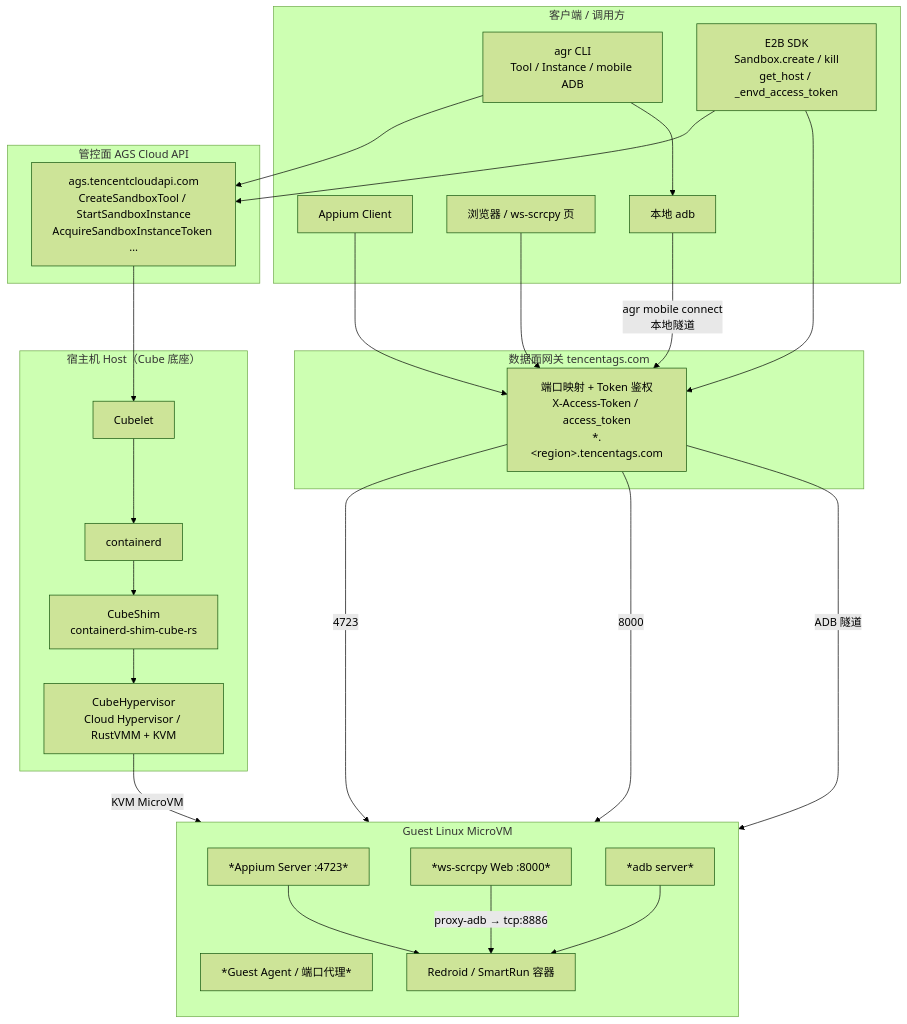
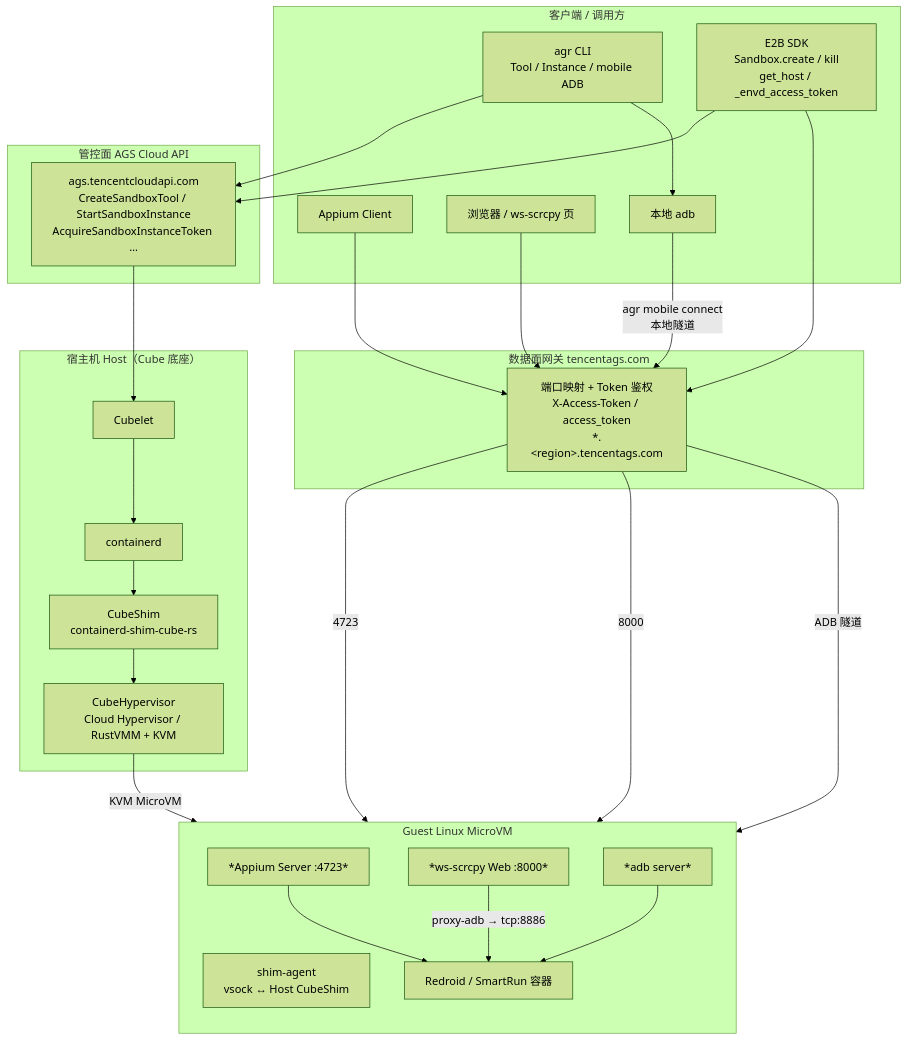
One commit to LOLHenry/android-cuttlefish changed the second of 6 diagrams in docs/architecture/ags-mobile-cube-runtime.md. Above: the diagram before and after it, drawn with Mermaid (forest theme). The commit also changed other lines of this file, not shown here.

First line of the commit message:
docs: standardize on shim-agent naming vs Host CubeShim

````diff
--- a/docs/architecture/ags-mobile-cube-runtime.md
+++ b/docs/architecture/ags-mobile-cube-runtime.md
@@ -130,56 +130,56 @@
 ```mermaid
 flowchart TB
   subgraph Clients["客户端 / 调用方"]
     AGR["agr CLI<br/>Tool / Instance / mobile ADB"]
     E2B["E2B SDK<br/>Sandbox.create / kill<br/>get_host / _envd_access_token"]
     APPC["Appium Client"]
     BR["浏览器 / ws-scrcpy 页"]
     ADBCLI["本地 adb"]
   end
 
   subgraph Control["管控面 AGS Cloud API"]
     API["ags.tencentcloudapi.com<br/>CreateSandboxTool / StartSandboxInstance<br/>AcquireSandboxInstanceToken …"]
   end
 
   subgraph DataPlane["数据面网关 tencentags.com"]
     GW["端口映射 + Token 鉴权<br/>X-Access-Token / access_token<br/>*.&lt;region&gt;.tencentags.com"]
   end
 
   subgraph Host["宿主机 Host（Cube 底座）"]
     Cubelet["Cubelet"]
     CTRD["containerd"]
     Shim["CubeShim<br/>containerd-shim-cube-rs"]
     CH["CubeHypervisor<br/>Cloud Hypervisor / RustVMM + KVM"]
   end
 
   subgraph Guest["Guest Linux MicroVM"]
     direction TB
-    GA["*Guest Agent / 端口代理*"]
+    SA["shim-agent<br/>vsock ↔ Host CubeShim"]
     ADBS["*adb server*"]
     APIS["*Appium Server :4723*"]
     WSS["*ws-scrcpy Web :8000*"]
     RD["Redroid / SmartRun 容器"]
   end
 
   AGR --> API
   E2B --> API
   E2B --> GW
   APPC --> GW
   BR --> GW
   AGR --> ADBCLI
   ADBCLI -->|"agr mobile connect<br/>本地隧道"| GW
 
   API --> Cubelet
   Cubelet --> CTRD
   CTRD --> Shim
   Shim --> CH
   CH -->|"KVM MicroVM"| Guest
 
   GW -->|"4723"| APIS
   GW -->|"8000"| WSS
   GW -->|"ADB 隧道"| ADBS
 
   APIS --> RD
   WSS -->|"proxy-adb → tcp:8886"| RD
   ADBS --> RD
 ```
````
